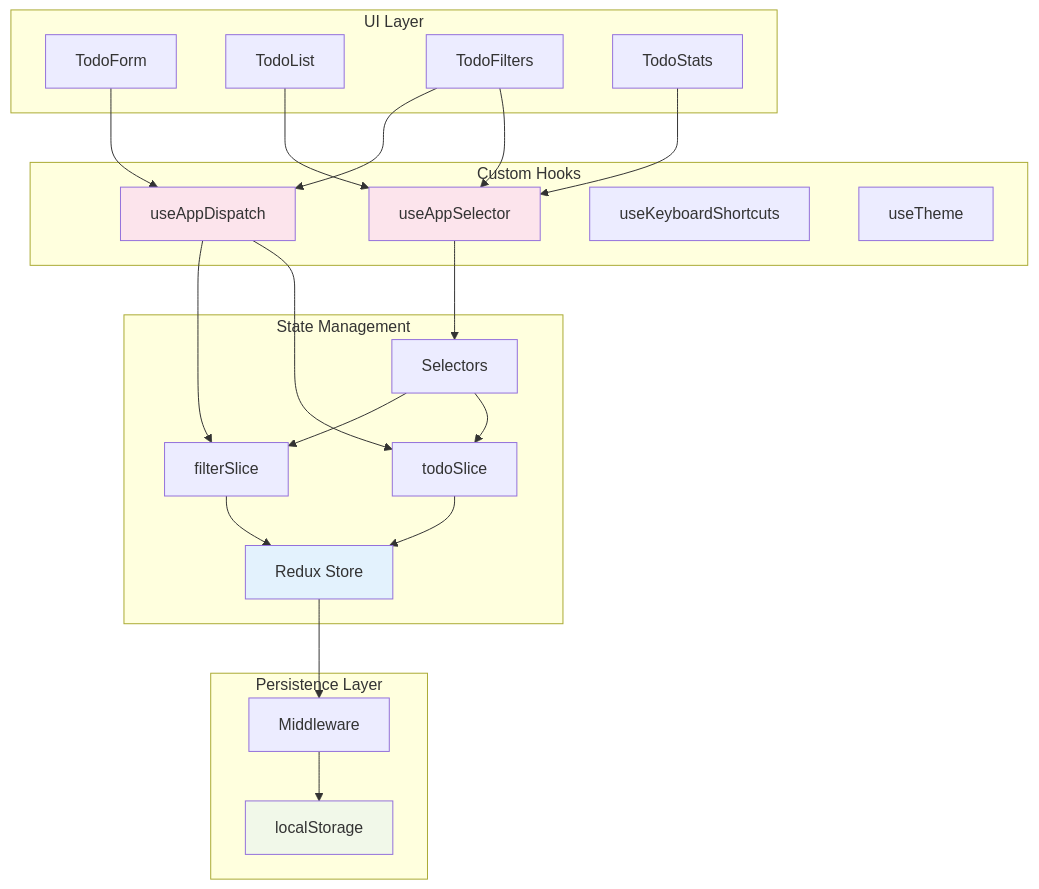
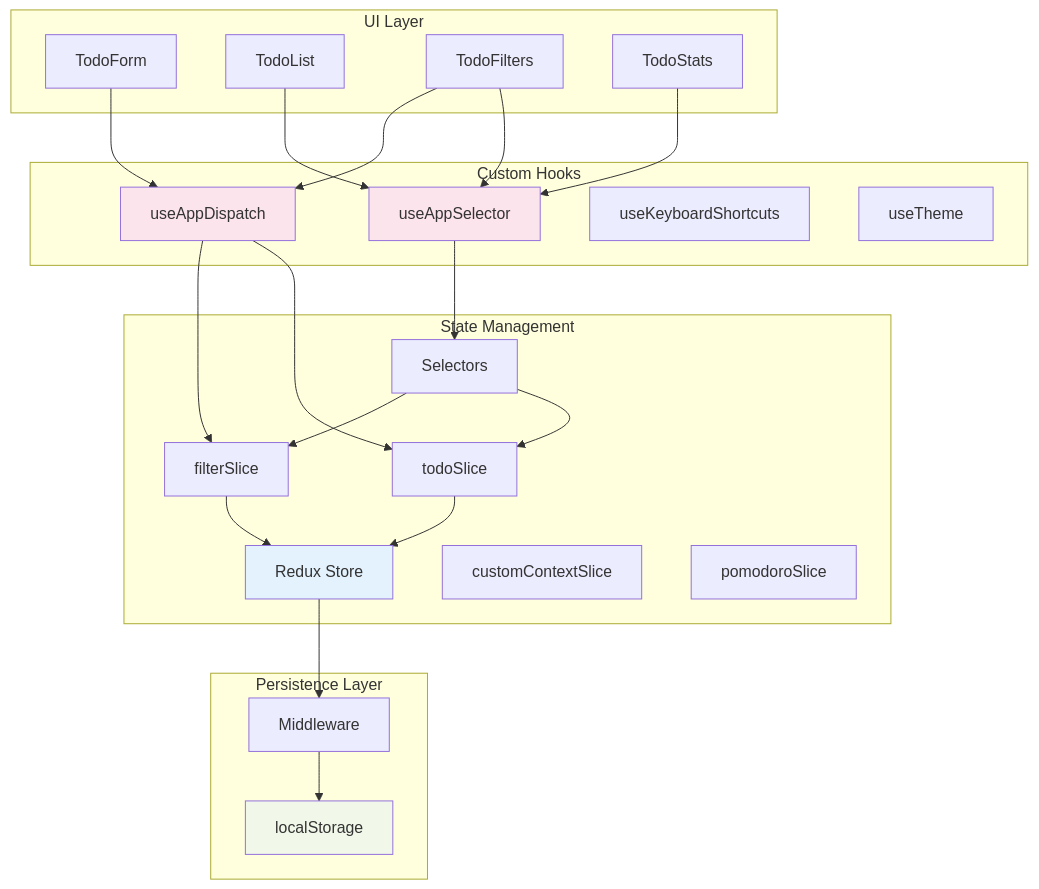
Before and after one commit to JesusIgnacio/todo-in-pomodoro-sauce: the third of 3 diagrams in readme.md, drawn with Mermaid. The commit also changed other lines of this file, not shown here.

Commit message:
feat: add Getting Things Done (GTD) context management with drag and drop functionality

````diff
--- a/readme.md
+++ b/readme.md
@@ -105,50 +118,52 @@
 ```mermaid
 flowchart TD
     subgraph "UI Layer"
         A[TodoForm] 
         B[TodoList]
         C[TodoFilters]
         D[TodoStats]
     end
     
     subgraph "State Management"
         E[Redux Store]
         F[todoSlice]
         G[filterSlice]
+        P[customContextSlice]
+        Q[pomodoroSlice]
         H[Selectors]
     end
     
     subgraph "Persistence Layer"
         I[localStorage]
         J[Middleware]
     end
     
     subgraph "Custom Hooks"
         K[useAppSelector]
         L[useAppDispatch]
         M[useKeyboardShortcuts]
         N[useTheme]
     end
     
     A --> L
     B --> K
     C --> K
     C --> L
     D --> K
     
     L --> F
     L --> G
     K --> H
     H --> F
     H --> G
     
     F --> E
     G --> E
     E --> J
     J --> I
     
     style E fill:#e3f2fd
     style I fill:#f1f8e9
     style K fill:#fce4ec
     style L fill:#fce4ec
 ```
````
